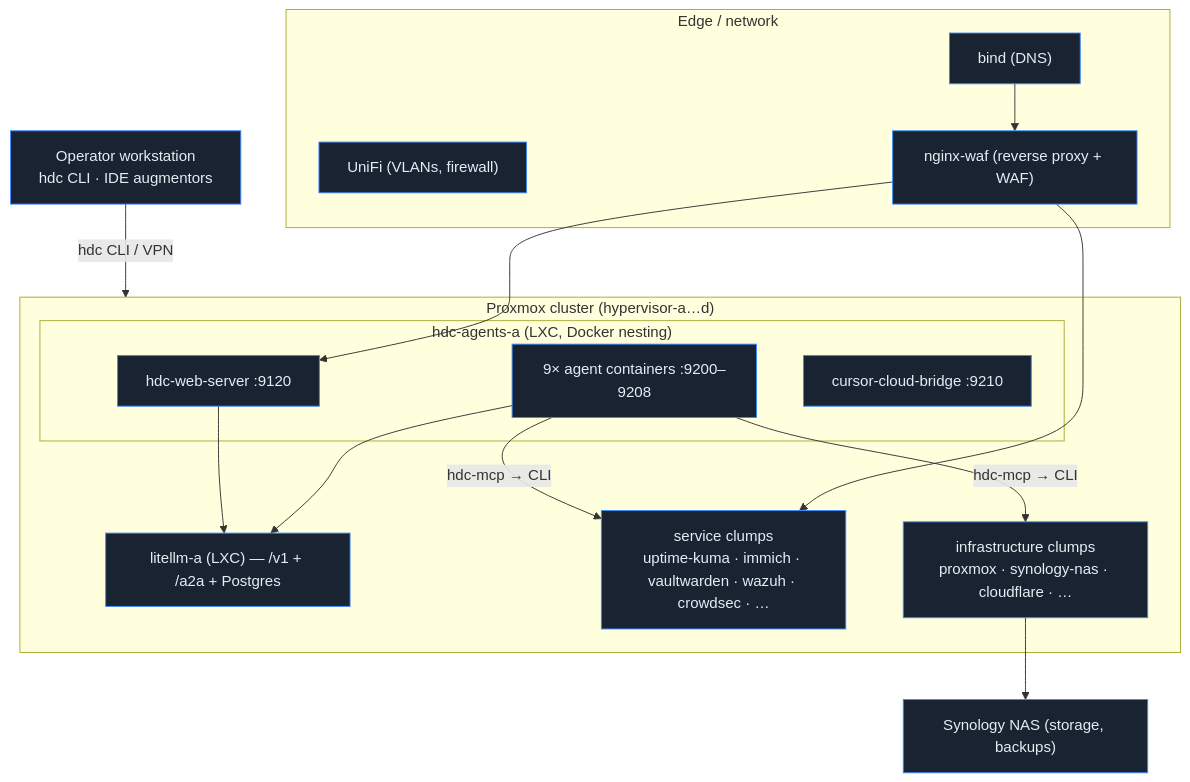
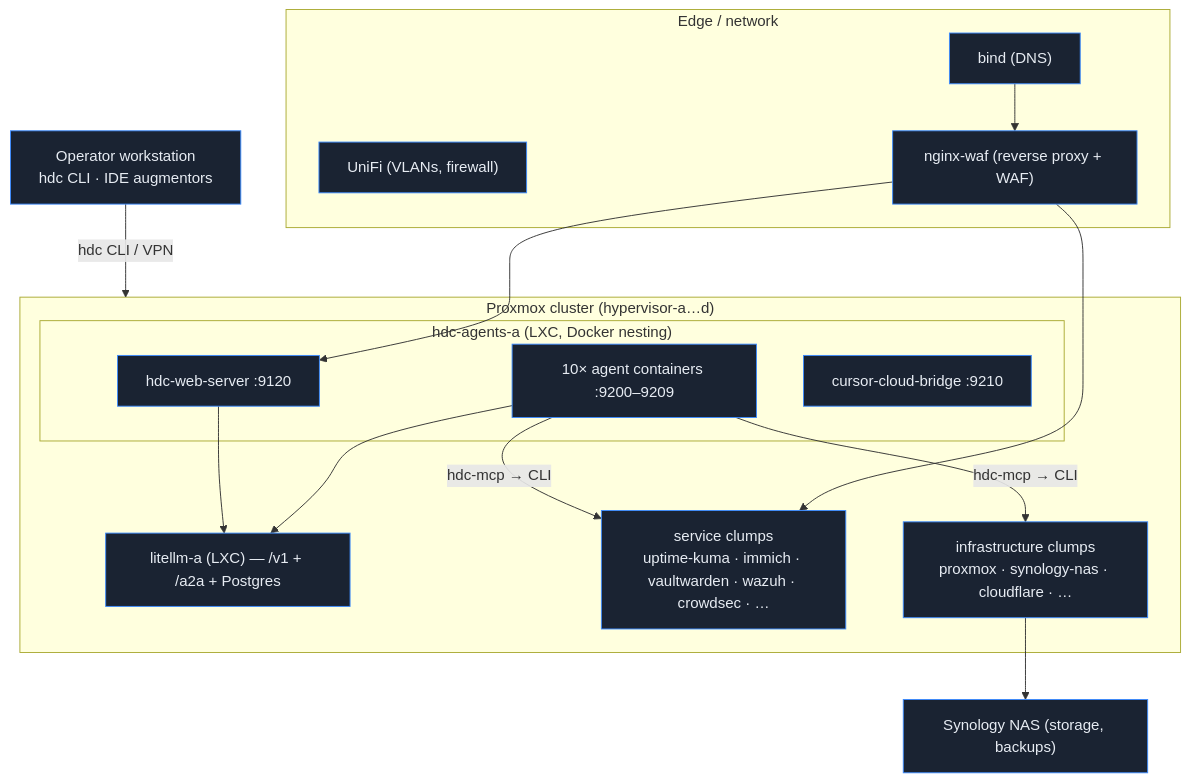
The sixth of 6 diagrams in ARCHITECTURE.md (dukk/hdc), drawn with Mermaid before and after one commit. The commit also changed other lines of this file and 34 other files, not shown here.

````diff
--- a/ARCHITECTURE.md
+++ b/ARCHITECTURE.md
@@ -394,33 +396,33 @@
 ```mermaid
 flowchart TB
   subgraph edgenet["Edge / network"]
     UNIFI["UniFi (VLANs, firewall)"]
     BIND["bind (DNS)"]
     WAF["nginx-waf (reverse proxy + WAF)"]
   end
 
   subgraph pve["Proxmox cluster (hypervisor-a…d)"]
     subgraph agents["hdc-agents-a (LXC, Docker nesting)"]
       WEB["hdc-web-server :9120"]
-      AC["9× agent containers :9200–9208"]
+      AC["10× agent containers :9200–9209"]
       SIDE["cursor-cloud-bridge :9210"]
     end
     LITELLM["litellm-a (LXC) — /v1 + /a2a + Postgres"]
     SVCS["service clumps<br/>uptime-kuma · immich · vaultwarden · wazuh · crowdsec · …"]
     INFRA["infrastructure clumps<br/>proxmox · synology-nas · cloudflare · …"]
   end
 
   NAS["Synology NAS (storage, backups)"]
   OPWS["Operator workstation<br/>hdc CLI · IDE augmentors"]
 
   OPWS -->|"hdc CLI / VPN"| pve
   WAF --> WEB & SVCS
   BIND --> WAF
   AC --> LITELLM
   WEB --> LITELLM
   AC -->|"hdc-mcp → CLI"| SVCS & INFRA
   INFRA --> NAS
 
   classDef box fill:#1a2332,stroke:#3d8bfd,color:#e7ecf3;
   class UNIFI,BIND,WAF,WEB,AC,SIDE,LITELLM,SVCS,INFRA,NAS,OPWS box
 ```
````
